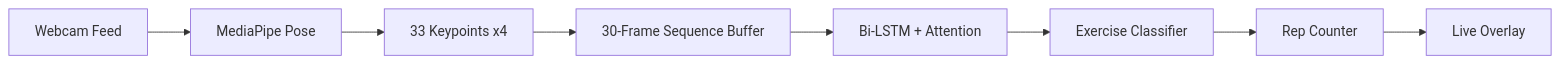
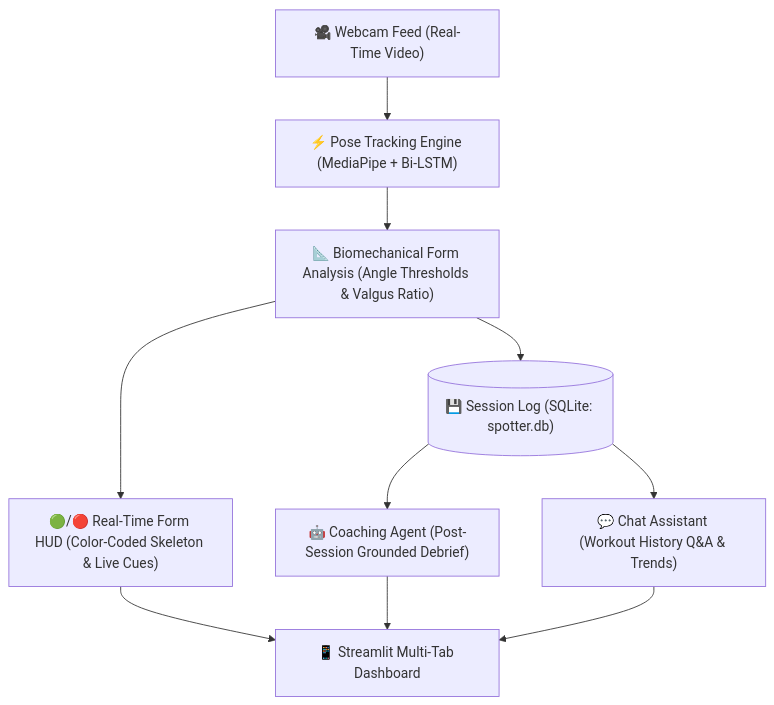
The diagram in README.md (Ridho-h/SpotterAI), drawn with Mermaid before and after one commit. The commit also changed other lines of this file and 17 other files, not shown here.

First line of the commit message:
feat: implement end-to-end intelligent coaching and history chat architecture

````diff
--- a/README.md
+++ b/README.md
@@ -34,10 +29,12 @@
 ```mermaid
-flowchart LR
-    A[Webcam Feed] --> B[MediaPipe Pose]
-    B --> C[33 Keypoints x4]
-    C --> D[30-Frame Sequence Buffer]
-    D --> E[Bi-LSTM + Attention]
-    E --> F[Exercise Classifier]
-    F --> G[Rep Counter]
-    G --> H[Live Overlay]
+flowchart TD
+    A["🎥 Webcam Feed (Real-Time Video)"] --> B["⚡ Pose Tracking Engine (MediaPipe + Bi-LSTM)"]
+    B --> C["📐 Biomechanical Form Analysis (Angle Thresholds & Valgus Ratio)"]
+    C --> D["🟢/🔴 Real-Time Form HUD (Color-Coded Skeleton & Live Cues)"]
+    C --> E[("💾 Session Log (SQLite: spotter.db)")]
+    E --> F["🤖 Coaching Agent (Post-Session Grounded Debrief)"]
+    E --> G["💬 Chat Assistant (Workout History Q&A & Trends)"]
+    D --> H["📱 Streamlit Multi-Tab Dashboard"]
+    F --> H
+    G --> H
 ```
````
